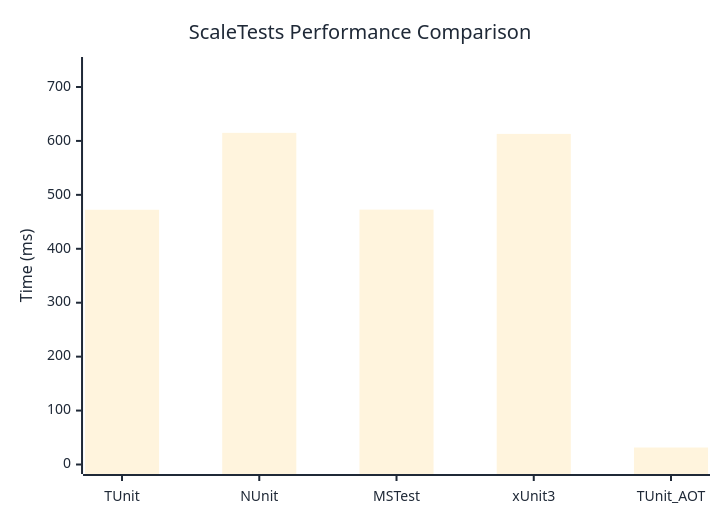
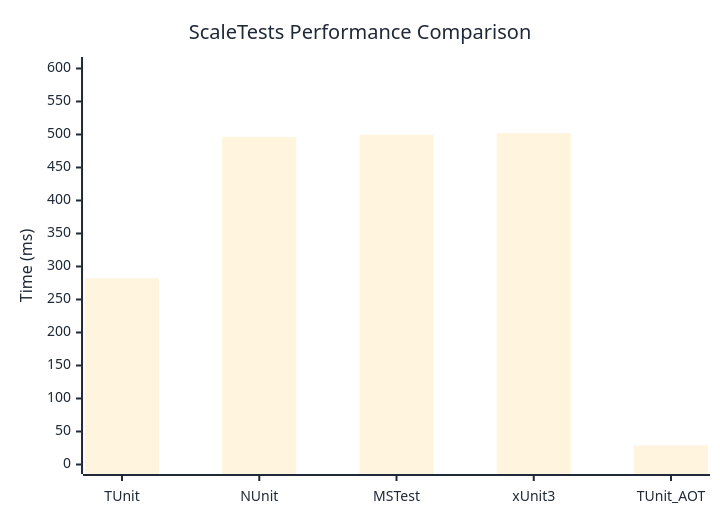
One commit to thomhurst/TUnit changed the diagram in docs/docs/benchmarks/ScaleTests.md. Above: the diagram before and after it, drawn with Mermaid. The commit also changed other lines of this file and 16 other files, not shown here.

````diff
--- a/docs/docs/benchmarks/ScaleTests.md
+++ b/docs/docs/benchmarks/ScaleTests.md
@@ -27,37 +27,37 @@
 ```mermaid
 %%{init: {
   'theme':'base',
   'themeVariables': {
     'primaryColor': '#2563eb',
     'primaryTextColor': '#1f2937',
     'primaryBorderColor': '#1e40af',
     'lineColor': '#6b7280',
     'secondaryColor': '#7c3aed',
     'tertiaryColor': '#dc2626',
     'background': '#ffffff',
     'mainBkg': '#2563eb',
     'secondBkg': '#7c3aed',
     'tertiaryBkg': '#dc2626',
     'clusterBkg': '#f3f4f6',
     'edgeLabelBackground': '#ffffff',
     'tertiaryTextColor': '#1f2937',
     'pie1': '#2563eb',
     'pie2': '#7c3aed',
     'pie3': '#dc2626',
     'pie4': '#f59e0b',
     'pie5': '#10b981',
     'pie6': '#06b6d4',
     'pie7': '#ec4899',
     'pie8': '#6366f1',
     'pie9': '#84cc16',
     'pie10': '#f97316',
     'pie11': '#14b8a6',
     'pie12': '#a855f7'
   }
 }}%%
 xychart-beta
   title "ScaleTests Performance Comparison"
   x-axis ["TUnit", "NUnit", "MSTest", "xUnit3", "TUnit_AOT"]
-  y-axis "Time (ms)" 0 --> 738
-  bar [472.36, 614.96, 472.62, 613.01, 31.5]
+  y-axis "Time (ms)" 0 --> 603
+  bar [282.09, 496.46, 499.57, 502.03, 28.84]
 ```
````
